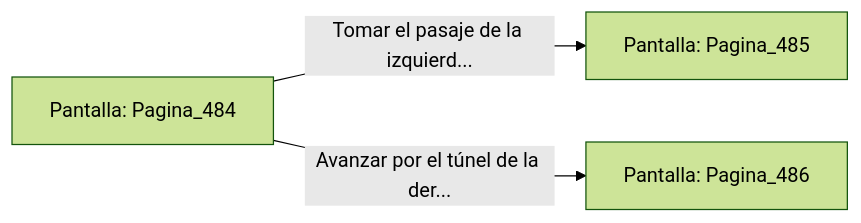
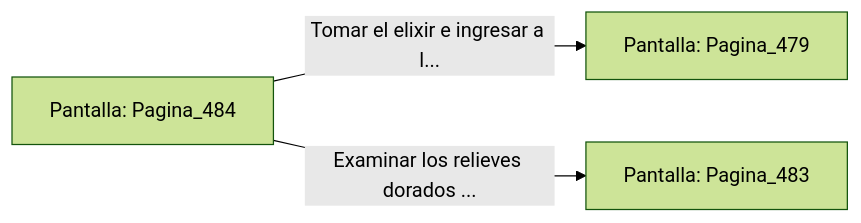
The diagram in sample/eligejuego-vault/Pantalla_Pagina_484.md (metsuke/mpl), drawn with Mermaid (forest theme) before and after one commit. The commit also changed other lines of this file and 635 other files, not shown here.

First line of the commit message:
fix: añadir Pagina_1 como pantalla inicial en capitulo_01.mpl

````diff
--- a/sample/eligejuego-vault/Pantalla_Pagina_484.md
+++ b/sample/eligejuego-vault/Pantalla_Pagina_484.md
@@ -20,6 +22,6 @@
 ```mermaid
 graph LR
     P_Pagina_484["Pantalla: Pagina_484"]
-    P_Pagina_484 -->|"Tomar el pasaje de la izquierd..."| P_Pagina_485["Pantalla: Pagina_485"]
-    P_Pagina_484 -->|"Avanzar por el túnel de la der..."| P_Pagina_486["Pantalla: Pagina_486"]
+    P_Pagina_484 -->|"Tomar el elixir e ingresar a l..."| P_Pagina_479["Pantalla: Pagina_479"]
+    P_Pagina_484 -->|"Examinar los relieves dorados ..."| P_Pagina_483["Pantalla: Pagina_483"]
 ```
````
